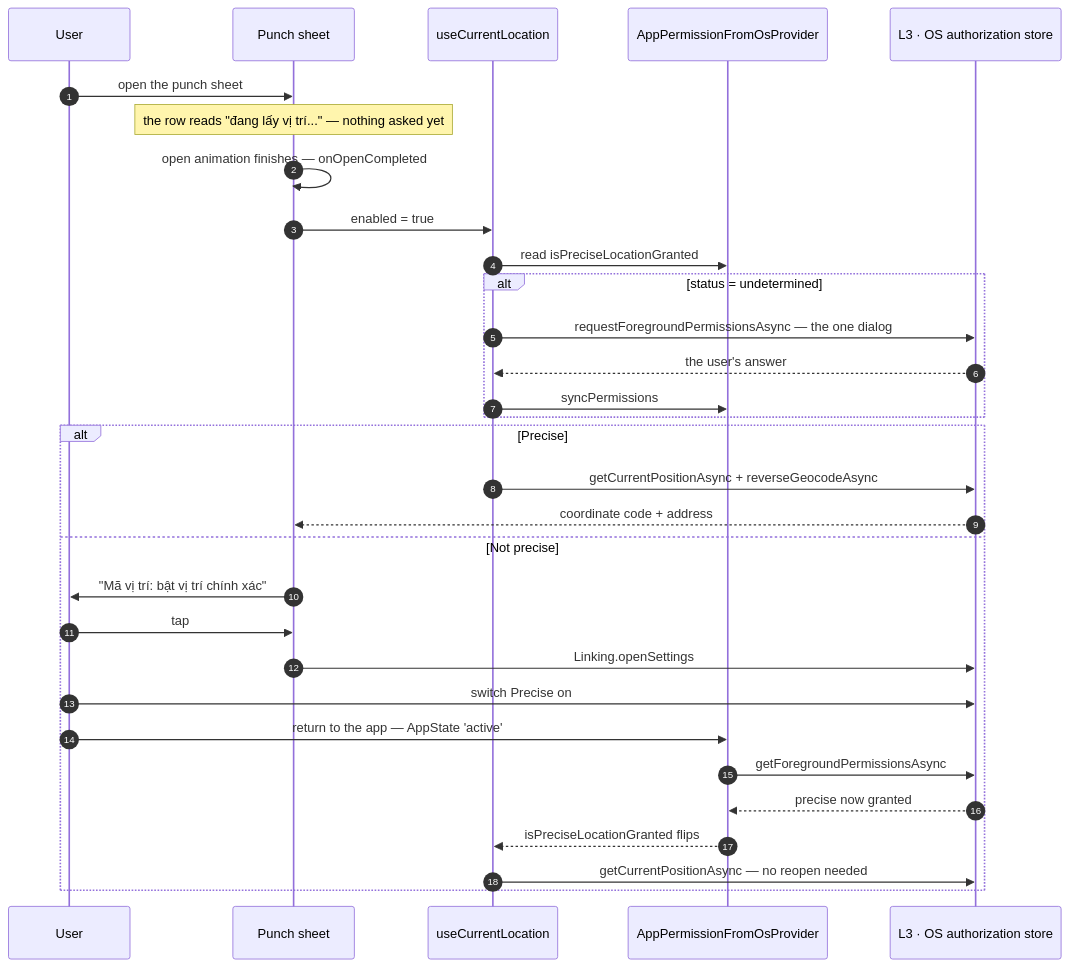
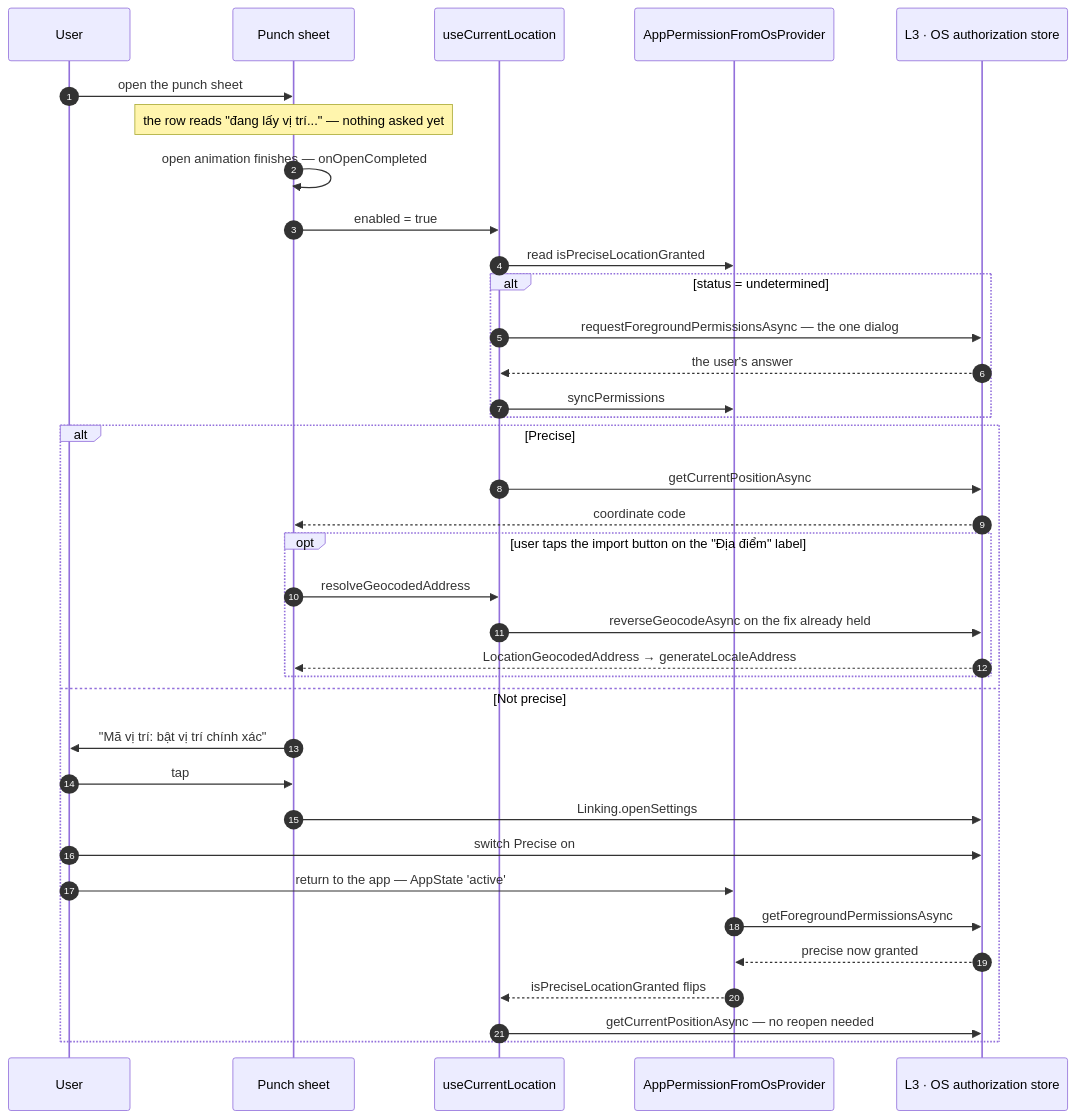
The seventh of 7 diagrams in apps/mobile/docs/architecture/LOCATION-HANDLING-FLOW.md (chuhaiphu/vinaup-platform), drawn with Mermaid before and after one commit. The commit also changed other lines of this file and 12 other files, not shown here.

````diff
--- a/apps/mobile/docs/architecture/LOCATION-HANDLING-FLOW.md
+++ b/apps/mobile/docs/architecture/LOCATION-HANDLING-FLOW.md
@@ -713,34 +713,39 @@
 ```mermaid
 sequenceDiagram
     autonumber
     participant U as User
     participant S as Punch sheet
     participant H as useCurrentLocation
     participant P as AppPermissionFromOsProvider
     participant OS as L3 · OS authorization store
 
     U->>S: open the punch sheet
     Note over S: the row reads "đang lấy vị trí..." — nothing asked yet
     S->>S: open animation finishes — onOpenCompleted
     S->>H: enabled = true
     H->>P: read isPreciseLocationGranted
     alt status = undetermined
         H->>OS: requestForegroundPermissionsAsync — the one dialog
         OS-->>H: the user's answer
         H->>P: syncPermissions
     end
     alt Precise
-        H->>OS: getCurrentPositionAsync + reverseGeocodeAsync
-        OS-->>S: coordinate code + address
+        H->>OS: getCurrentPositionAsync
+        OS-->>S: coordinate code
+        opt user taps the import button on the "Địa điểm" label
+            S->>H: resolveGeocodedAddress
+            H->>OS: reverseGeocodeAsync on the fix already held
+            OS-->>S: LocationGeocodedAddress → generateLocaleAddress
+        end
     else Not precise
         S->>U: "Mã vị trí: bật vị trí chính xác"
         U->>S: tap
         S->>OS: Linking.openSettings
         U->>OS: switch Precise on
         U->>P: return to the app — AppState 'active'
         P->>OS: getForegroundPermissionsAsync
         OS-->>P: precise now granted
         P-->>H: isPreciseLocationGranted flips
         H->>OS: getCurrentPositionAsync — no reopen needed
     end
 ```
````
